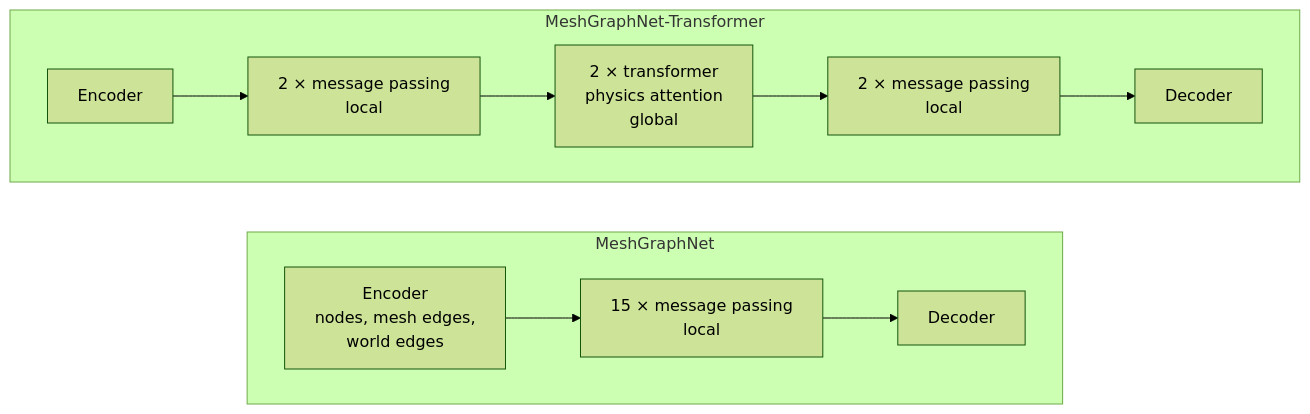
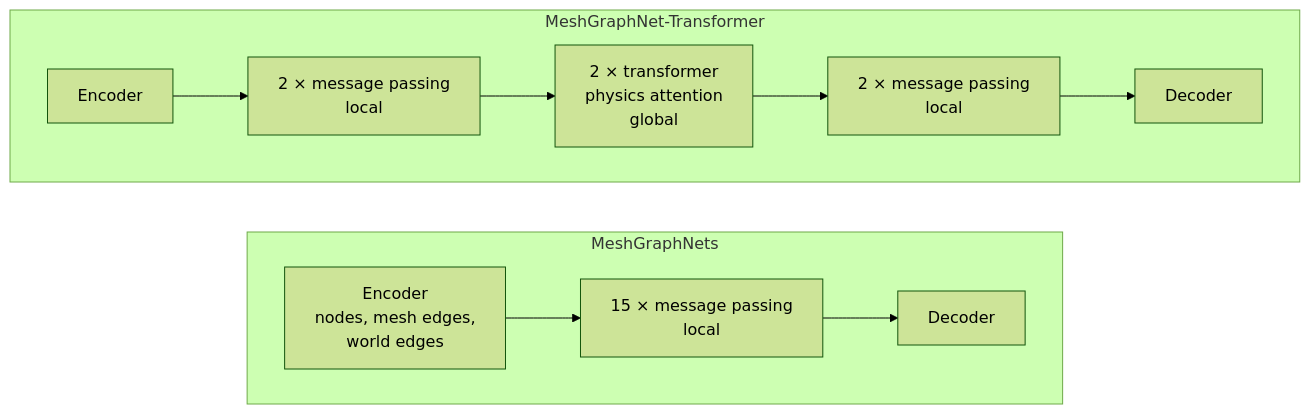
One commit to stofe94/crash-def-net changed the diagram in docs/models.md. Above: the diagram before and after it, drawn with Mermaid (forest theme). The commit also changed other lines of this file and 43 other files, not shown here.

````diff
--- a/docs/models.md
+++ b/docs/models.md
@@ -12,11 +15,11 @@
 ```mermaid
 flowchart LR
-    subgraph MGN["MeshGraphNet"]
+    subgraph MGN["MeshGraphNets"]
         direction LR
         E1[Encoder<br/>nodes, mesh edges,<br/>world edges] --> P1[15 × message passing<br/>local] --> D1[Decoder]
     end
     subgraph MGNT["MeshGraphNet-Transformer"]
         direction LR
         E2[Encoder] --> P2[2 × message passing<br/>local] --> T2[2 × transformer<br/>physics attention<br/>global] --> R2[2 × message passing<br/>local] --> D2[Decoder]
     end
 ```
````
